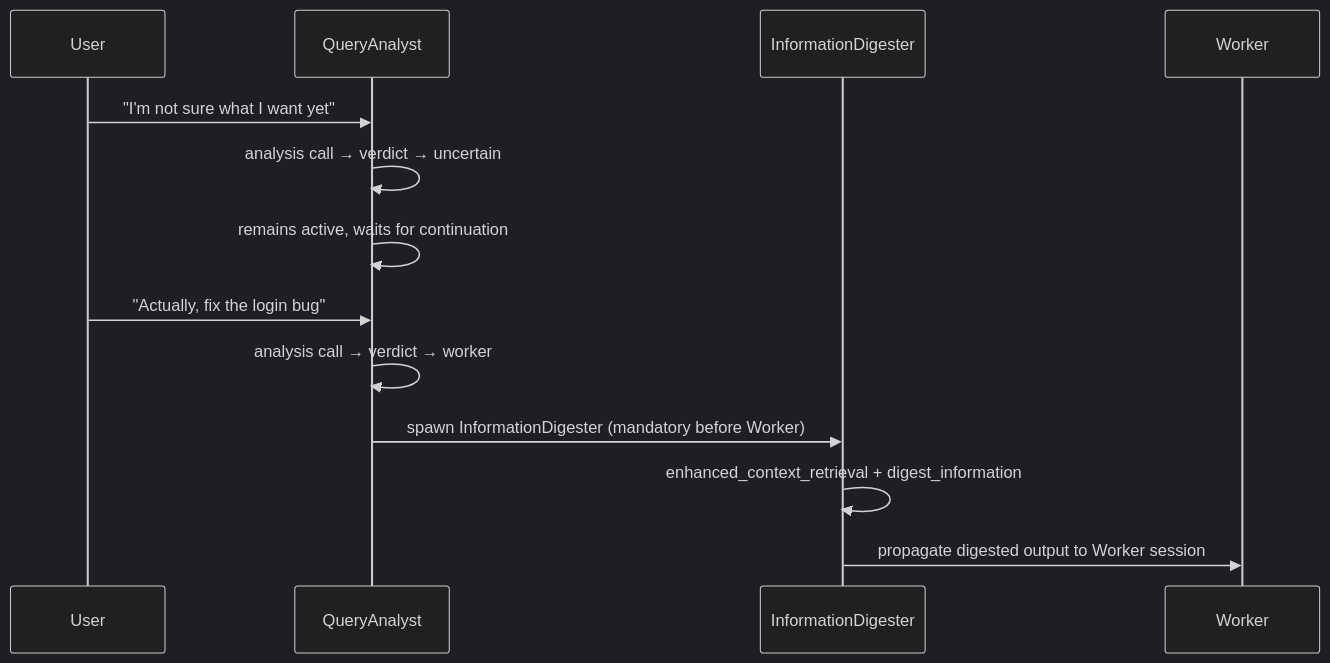
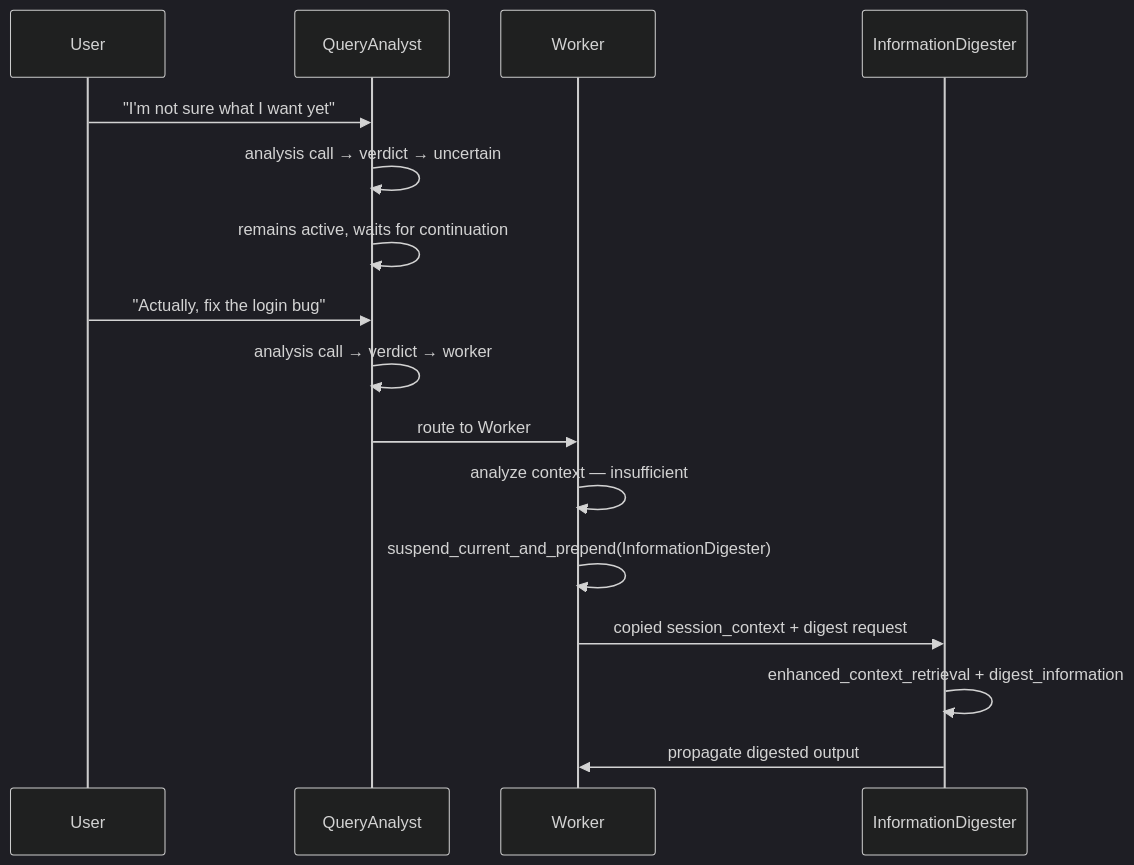
The eighth of 17 diagrams in src/tinycua/docs/design/loops/expected_scenarios.md (VJyzCELERY/TINYCUA), drawn with Mermaid (dark theme) before and after one commit. The commit also changed other lines of this file and 5 other files, not shown here.

First line of the commit message:
fix(design): WorkerNode suspends itself for InformationDigester (not QueryAnalyst)

````diff
--- a/src/tinycua/docs/design/loops/expected_scenarios.md
+++ b/src/tinycua/docs/design/loops/expected_scenarios.md
@@ -233,16 +242,19 @@
 ```mermaid
 sequenceDiagram
     participant User
     participant QA as QueryAnalyst
+    participant W as Worker
     participant ID as InformationDigester
-    participant W as Worker
 
     User->>QA: "I'm not sure what I want yet"
     QA->>QA: analysis call → verdict → uncertain
     QA->>QA: remains active, waits for continuation
     User->>QA: "Actually, fix the login bug"
     QA->>QA: analysis call → verdict → worker
-    QA->>ID: spawn InformationDigester (mandatory before Worker)
+    QA->>W: route to Worker
+    W->>W: analyze context — insufficient
+    W->>W: suspend_current_and_prepend(InformationDigester)
+    W->>ID: copied session_context + digest request
     ID->>ID: enhanced_context_retrieval + digest_information
-    ID->>W: propagate digested output to Worker session
+    ID->>W: propagate digested output
 ```
````
